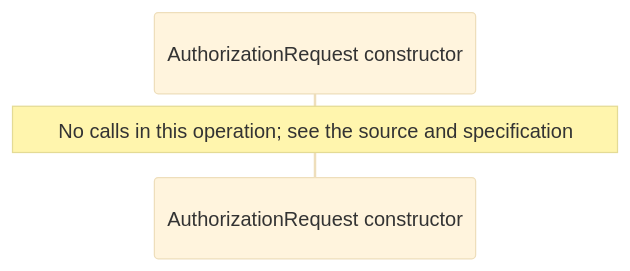
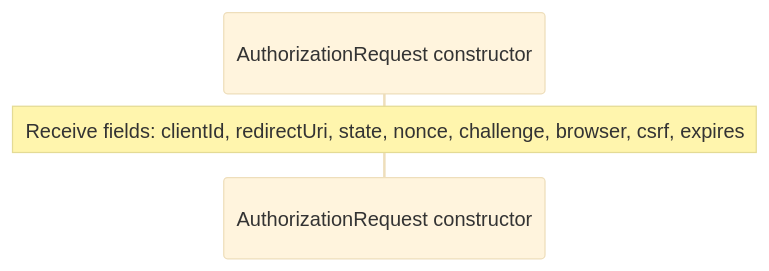
One commit to GreenPandaStudios/augscript changed the second of 12 diagrams in docs/examples/oidc-login/provider/contracts-diagrams.md. Above: the diagram before and after it, drawn with Mermaid (base theme). The commit also changed other lines of this file and 289 other files, not shown here.

Commit message:
Correct diagram control flow and complete generated wiki navigation

````diff
--- a/docs/examples/oidc-login/provider/contracts-diagrams.md
+++ b/docs/examples/oidc-login/provider/contracts-diagrams.md
@@ -49,6 +49,6 @@
 ```mermaid
 sequenceDiagram
     participant p0 as AuthorizationRequest constructor
 
-    Note over p0: No calls in this operation#59; see the source and specification
+    Note over p0: Receive fields: clientId, redirectUri, state, nonce, challenge, browser, csrf, expires
 ```
````
